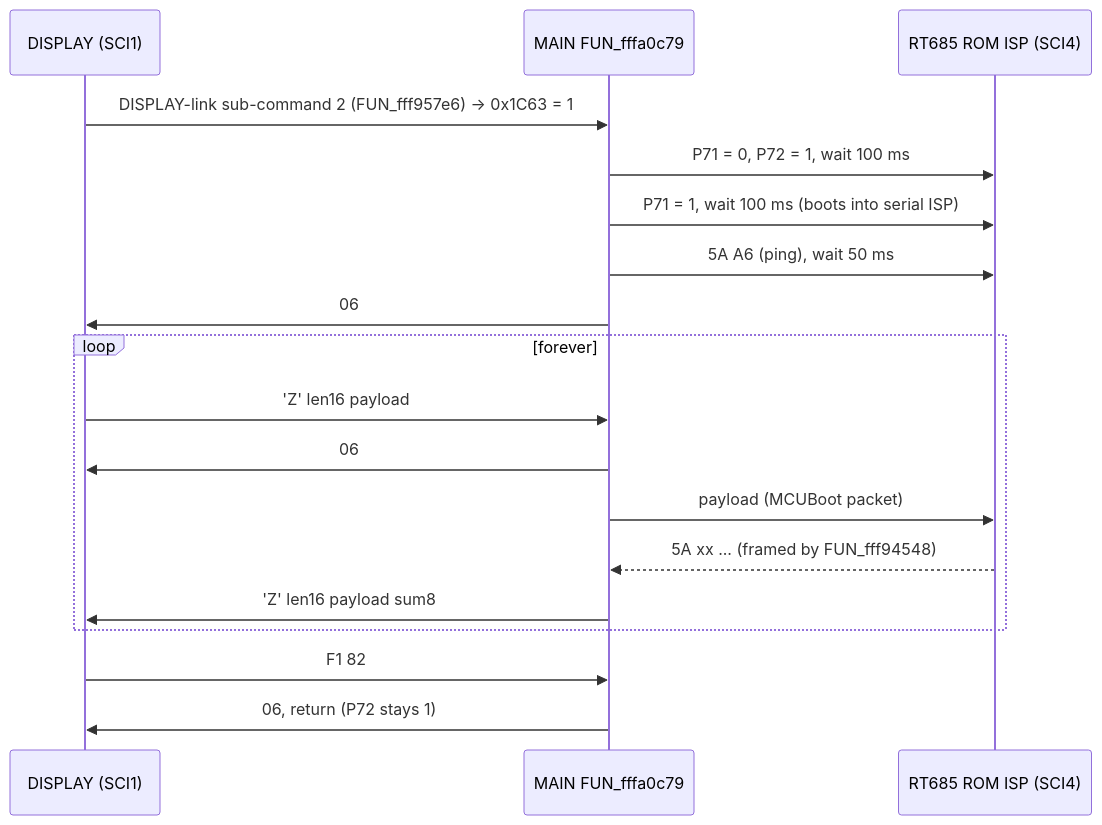
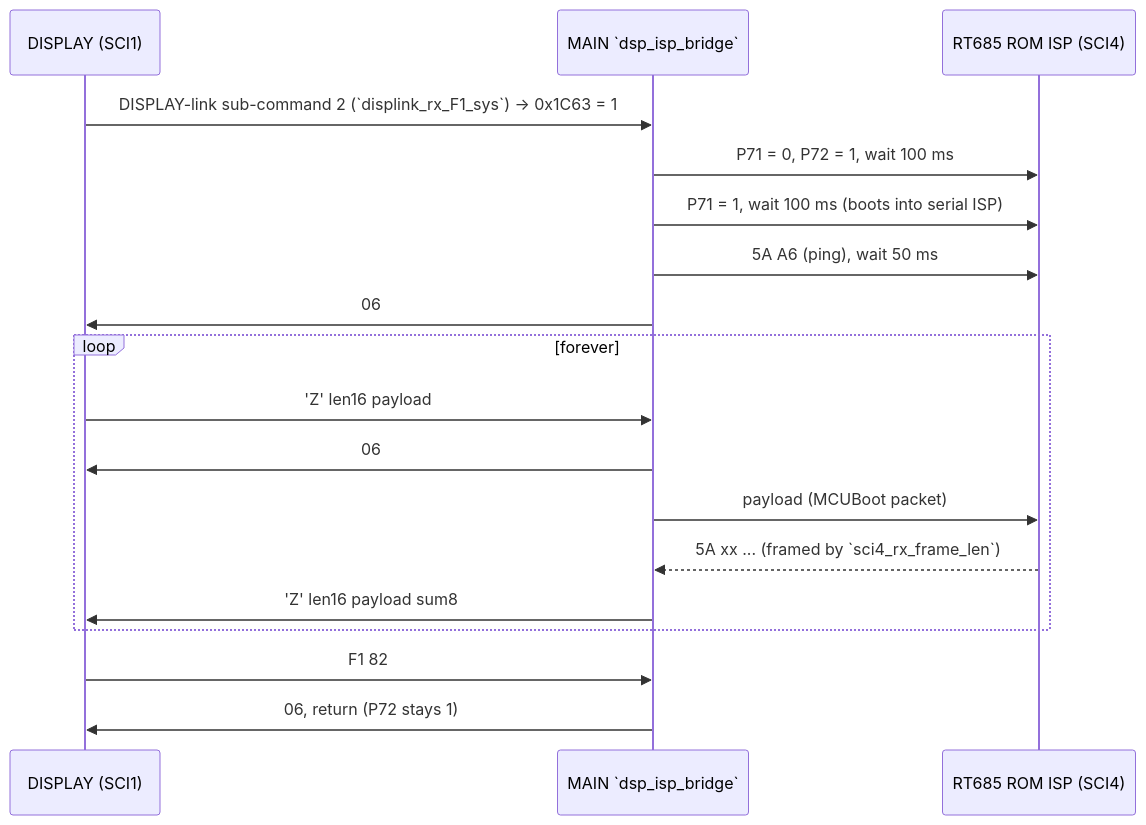
The fourth of 4 diagrams in docs/code/main/dsp-link.md (Reid-n0rc/FT-710_Firmware), drawn with Mermaid before and after one commit. The commit also changed other lines of this file and 29 other files, not shown here.

````diff
--- a/docs/code/main/dsp-link.md
+++ b/docs/code/main/dsp-link.md
@@ -313,20 +312,20 @@
 ```mermaid
 sequenceDiagram
   participant DI as DISPLAY (SCI1)
-  participant M as MAIN FUN_fffa0c79
+  participant M as MAIN `dsp_isp_bridge`
   participant R as RT685 ROM ISP (SCI4)
-  DI->>M: DISPLAY-link sub-command 2 (FUN_fff957e6) → 0x1C63 = 1
+  DI->>M: DISPLAY-link sub-command 2 (`displink_rx_F1_sys`) → 0x1C63 = 1
   M->>R: P71 = 0, P72 = 1, wait 100 ms
   M->>R: P71 = 1, wait 100 ms (boots into serial ISP)
   M->>R: 5A A6 (ping), wait 50 ms
   M->>DI: 06
   loop forever
     DI->>M: 'Z' len16 payload
     M->>DI: 06
     M->>R: payload (MCUBoot packet)
-    R-->>M: 5A xx ... (framed by FUN_fff94548)
+    R-->>M: 5A xx ... (framed by `sci4_rx_frame_len`)
     M->>DI: 'Z' len16 payload sum8
   end
   DI->>M: F1 82
   M->>DI: 06, return (P72 stays 1)
 ```
````
